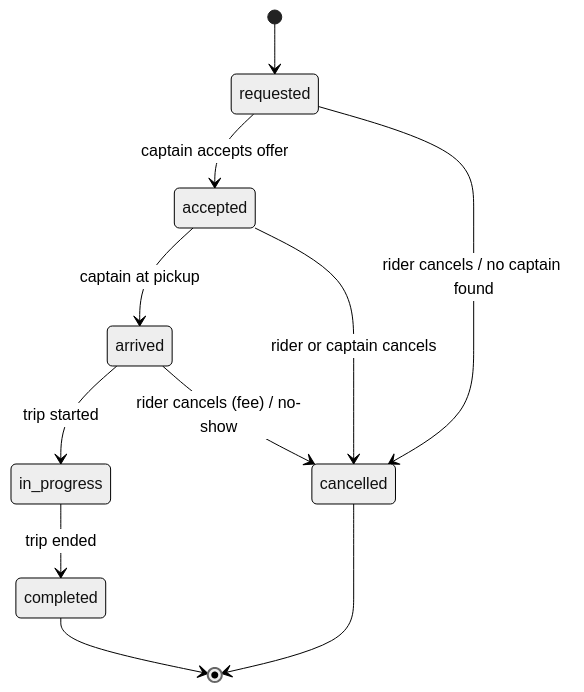
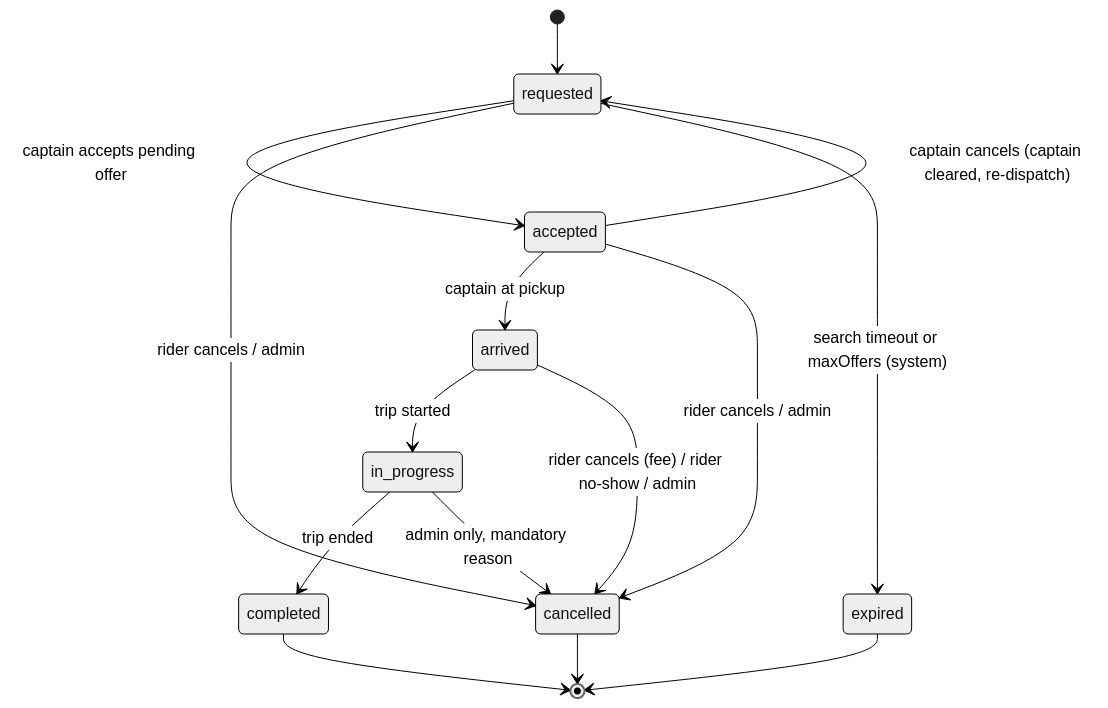
The second of 2 diagrams in docs/phase1/06-database-architecture.md (jksoftwaresolutions/mashwar-prototype), drawn with Mermaid (neutral theme) before and after one commit. The commit also changed other lines of this file and 286 other files, not shown here.

````diff
--- a/docs/phase1/06-database-architecture.md
+++ b/docs/phase1/06-database-architecture.md
@@ -313,13 +321,17 @@
 ```mermaid
 stateDiagram-v2
     [*] --> requested
-    requested --> accepted: captain accepts offer
-    requested --> cancelled: rider cancels / no captain found
+    requested --> accepted: captain accepts pending offer
+    requested --> cancelled: rider cancels / admin
+    requested --> expired: search timeout or maxOffers (system)
     accepted --> arrived: captain at pickup
-    accepted --> cancelled: rider or captain cancels
+    accepted --> requested: captain cancels (captain cleared, re-dispatch)
+    accepted --> cancelled: rider cancels / admin
     arrived --> in_progress: trip started
-    arrived --> cancelled: rider cancels (fee) / no-show
+    arrived --> cancelled: rider cancels (fee) / rider no-show / admin
     in_progress --> completed: trip ended
+    in_progress --> cancelled: admin only, mandatory reason
     completed --> [*]
     cancelled --> [*]
+    expired --> [*]
 ```
````
